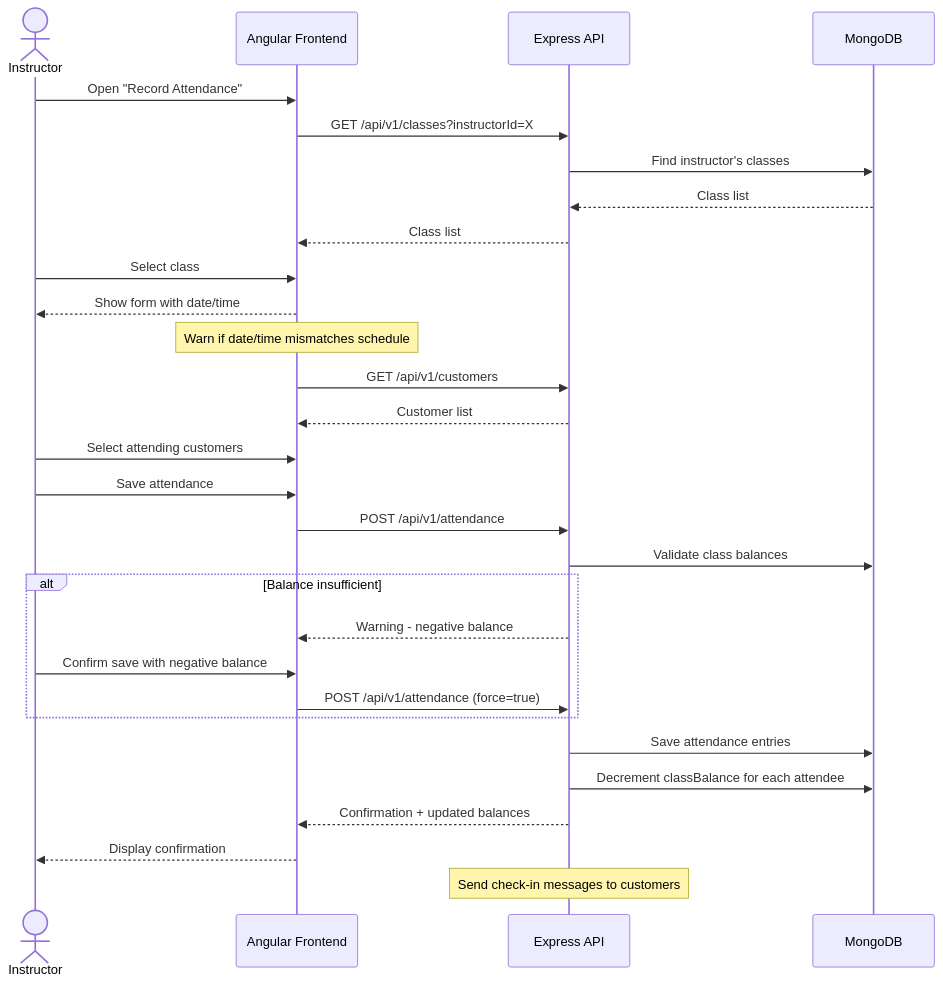
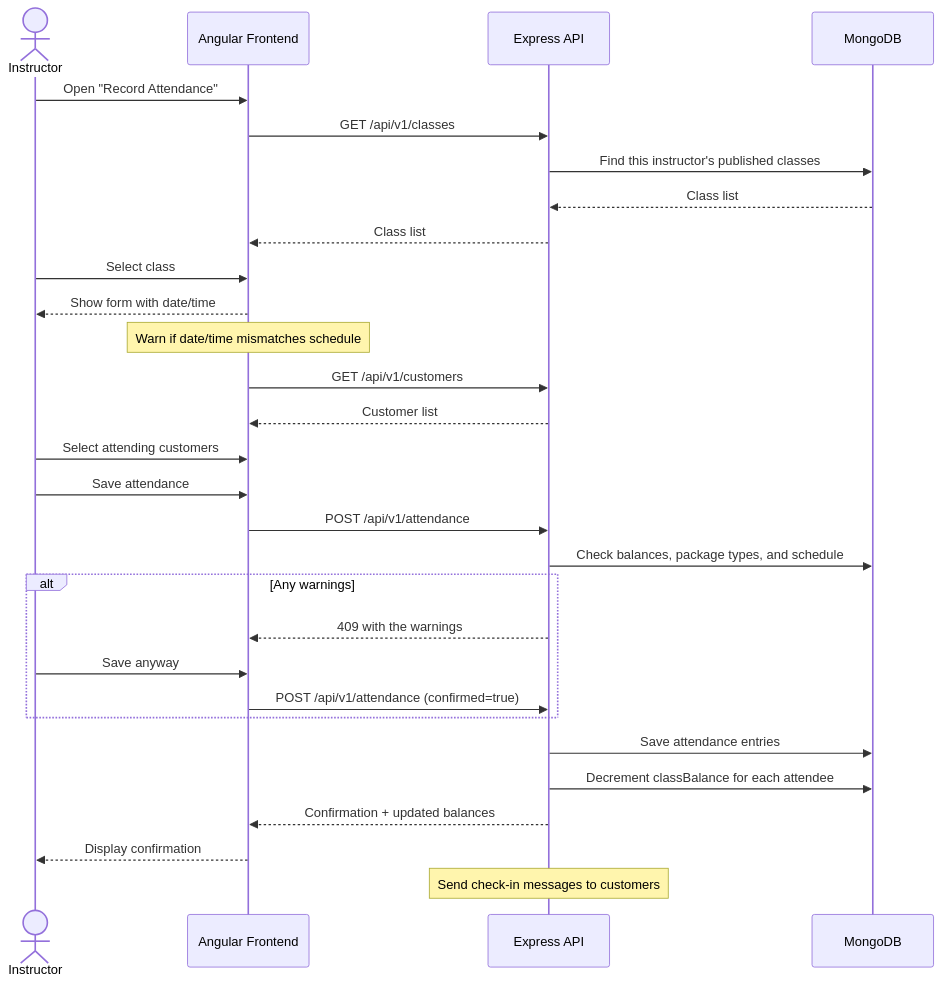
One commit to lindseychoi/yoga-hom-project-lchoi changed the eighth of 9 diagrams in PLAN.md. Above: the diagram before and after it, drawn with Mermaid. The commit also changed other lines of this file and 11 other files, not shown here.

````diff
--- a/PLAN.md
+++ b/PLAN.md
@@ -502,32 +530,32 @@
 ```mermaid
 sequenceDiagram
     actor I as Instructor
     participant UI as Angular Frontend
     participant API as Express API
     participant DB as MongoDB
 
     I->>UI: Open "Record Attendance"
-    UI->>API: GET /api/v1/classes?instructorId=X
-    API->>DB: Find instructor's classes
+    UI->>API: GET /api/v1/classes
+    API->>DB: Find this instructor's published classes
     DB-->>API: Class list
     API-->>UI: Class list
     I->>UI: Select class
     UI-->>I: Show form with date/time
     Note over UI: Warn if date/time mismatches schedule
     UI->>API: GET /api/v1/customers
     API-->>UI: Customer list
     I->>UI: Select attending customers
     I->>UI: Save attendance
     UI->>API: POST /api/v1/attendance
-    API->>DB: Validate class balances
-    alt Balance insufficient
-        API-->>UI: Warning - negative balance
-        I->>UI: Confirm save with negative balance
-        UI->>API: POST /api/v1/attendance (force=true)
+    API->>DB: Check balances, package types, and schedule
+    alt Any warnings
+        API-->>UI: 409 with the warnings
+        I->>UI: Save anyway
+        UI->>API: POST /api/v1/attendance (confirmed=true)
     end
     API->>DB: Save attendance entries
     API->>DB: Decrement classBalance for each attendee
     API-->>UI: Confirmation + updated balances
     UI-->>I: Display confirmation
     Note over API: Send check-in messages to customers
 ```
````
